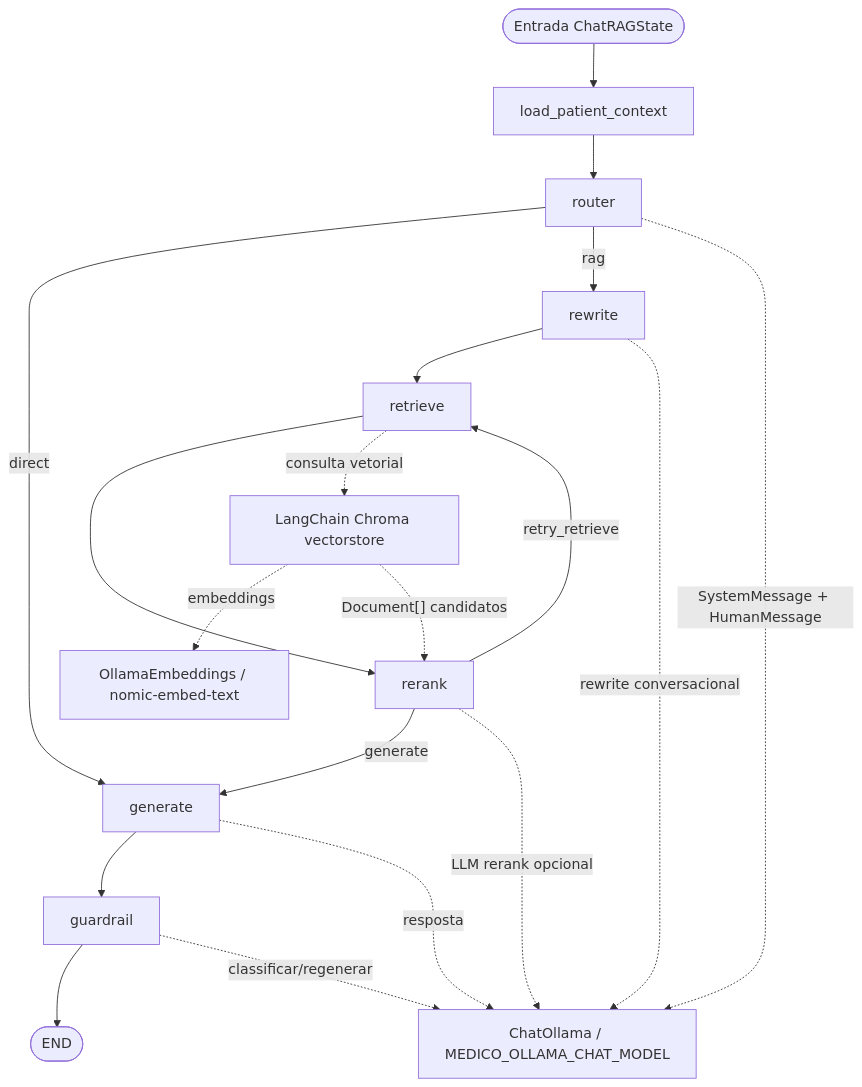
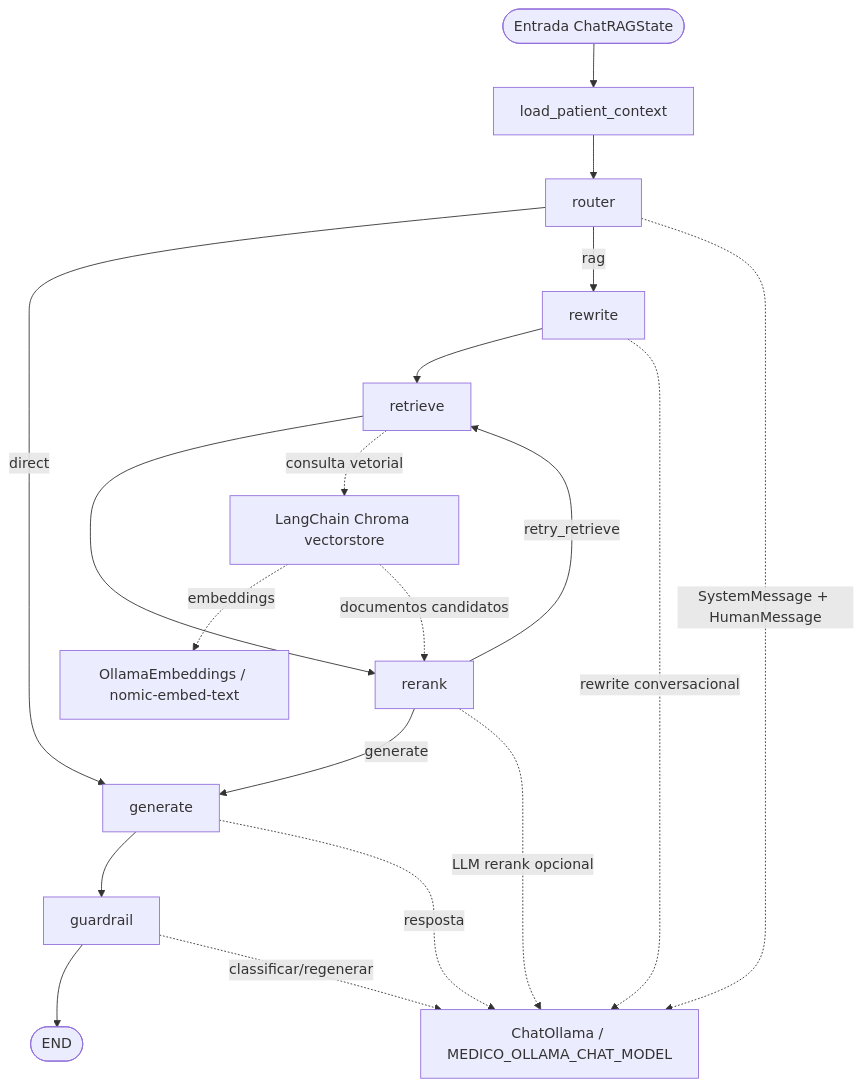
One commit to leanseefeld/8iadt-tc-fase3-assistente-medico changed the second of 4 diagrams in README.md. Above: the diagram before and after it, drawn with Mermaid. The commit also changed other lines of this file, not shown here.

````diff
--- a/README.md
+++ b/README.md
@@ -224,26 +224,26 @@
 ```mermaid
 flowchart TD
     START([Entrada ChatRAGState]) --> LOAD[load_patient_context]
     LOAD --> ROUTER[router]
 
     ROUTER -->|direct| GENERATE[generate]
     ROUTER -->|rag| REWRITE[rewrite]
     REWRITE --> RETRIEVE[retrieve]
     RETRIEVE --> RERANK[rerank]
 
     RERANK -->|generate| GENERATE
     RERANK -->|retry_retrieve| RETRIEVE
 
     GENERATE --> GUARD[guardrail]
     GUARD --> END([END])
 
     ROUTER -. SystemMessage + HumanMessage .-> CHATMODEL[ChatOllama / MEDICO_OLLAMA_CHAT_MODEL]
     REWRITE -. rewrite conversacional .-> CHATMODEL
     RERANK -. LLM rerank opcional .-> CHATMODEL
     GENERATE -. resposta .-> CHATMODEL
     GUARD -. classificar/regenerar .-> CHATMODEL
 
     RETRIEVE -. consulta vetorial .-> CHROMA[LangChain Chroma vectorstore]
     CHROMA -. embeddings .-> EMB[OllamaEmbeddings / nomic-embed-text]
-    CHROMA -. Document[] candidatos .-> RERANK
+    CHROMA -. documentos candidatos .-> RERANK
 ```
````
